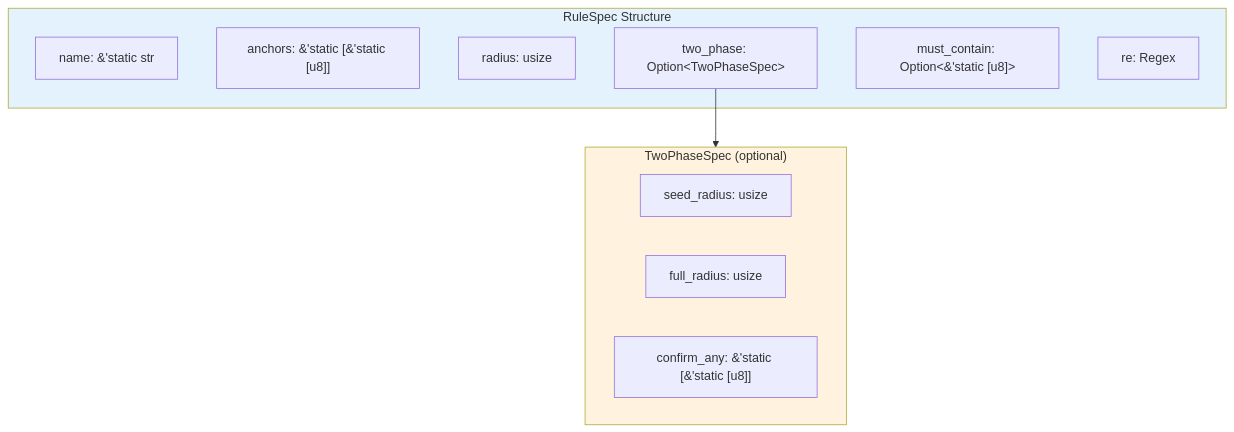
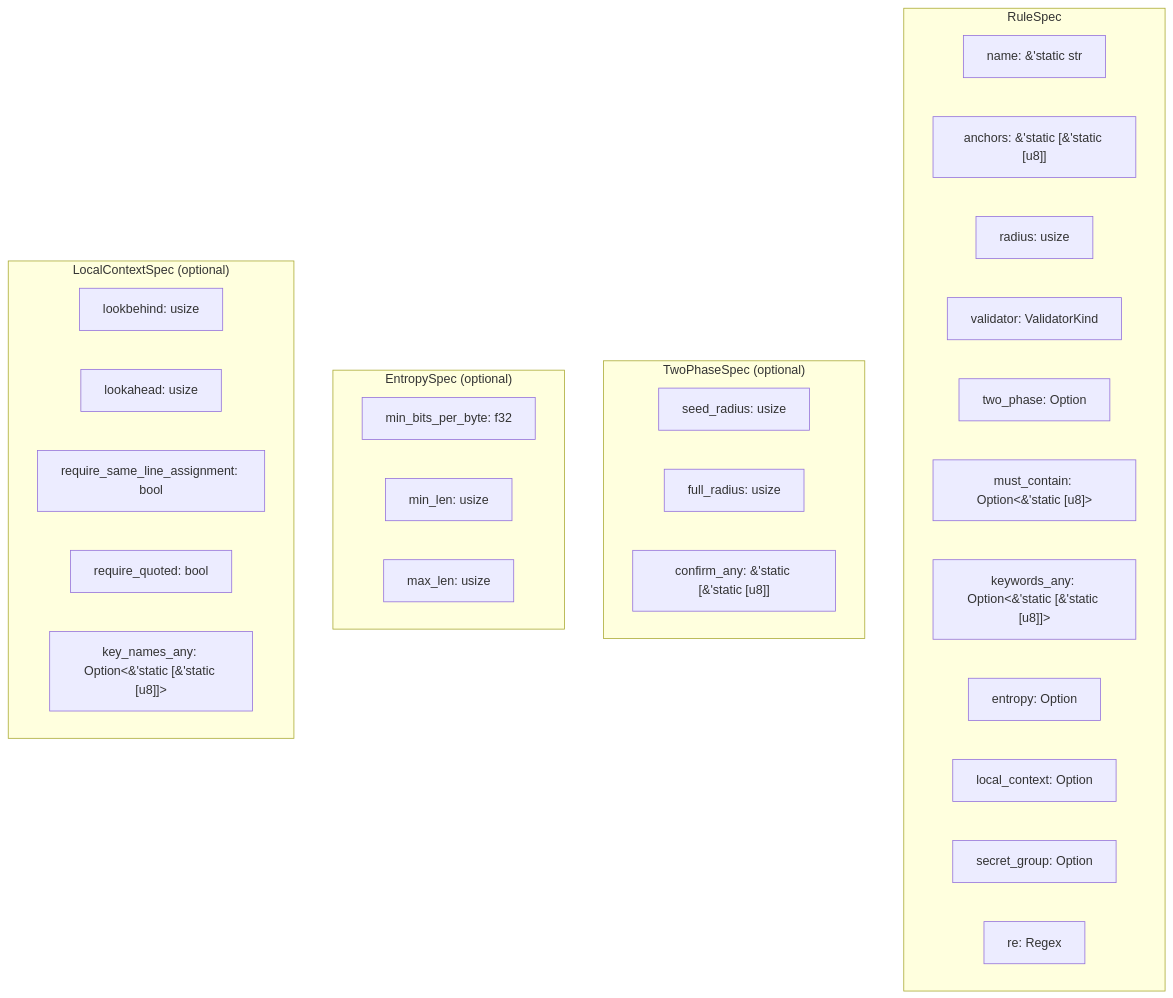
The second of 4 diagrams in docs/detection-rules.md (ahrav/scratch-scanner-rs), drawn with Mermaid before and after one commit. The commit also changed other lines of this file and 9 other files, not shown here.

````diff
--- a/docs/detection-rules.md
+++ b/docs/detection-rules.md
@@ -97,22 +109,36 @@
 ```mermaid
 graph TB
-    subgraph RuleSpec["RuleSpec Structure"]
+    subgraph RuleSpec["RuleSpec"]
         Name["name: &'static str"]
         Anchors["anchors: &'static [&'static [u8]]"]
         Radius["radius: usize"]
-        TwoPhase["two_phase: Option&lt;TwoPhaseSpec&gt;"]
-        MustContain["must_contain: Option&lt;&'static [u8]&gt;"]
+        Validator["validator: ValidatorKind"]
+        TwoPhase["two_phase: Option<TwoPhaseSpec>"]
+        MustContain["must_contain: Option<&'static [u8]>"]
+        KeywordsAny["keywords_any: Option<&'static [&'static [u8]]>"]
+        Entropy["entropy: Option<EntropySpec>"]
+        LocalContext["local_context: Option<LocalContextSpec>"]
+        SecretGroup["secret_group: Option<u16>"]
         Regex["re: Regex"]
     end
 
     subgraph TwoPhaseSpec["TwoPhaseSpec (optional)"]
         SeedRadius["seed_radius: usize"]
         FullRadius["full_radius: usize"]
         ConfirmAny["confirm_any: &'static [&'static [u8]]"]
     end
 
-    TwoPhase --> TwoPhaseSpec
+    subgraph EntropySpec["EntropySpec (optional)"]
+        MinBpb["min_bits_per_byte: f32"]
+        MinLen["min_len: usize"]
+        MaxLen["max_len: usize"]
+    end
 
-    style RuleSpec fill:#e3f2fd
-    style TwoPhaseSpec fill:#fff3e0
+    subgraph LocalContextSpec["LocalContextSpec (optional)"]
+        Lookbehind["lookbehind: usize"]
+        Lookahead["lookahead: usize"]
+        SameLine["require_same_line_assignment: bool"]
+        Quoted["require_quoted: bool"]
+        KeyNames["key_names_any: Option<&'static [&'static [u8]]>"]
+    end
 ```
````
